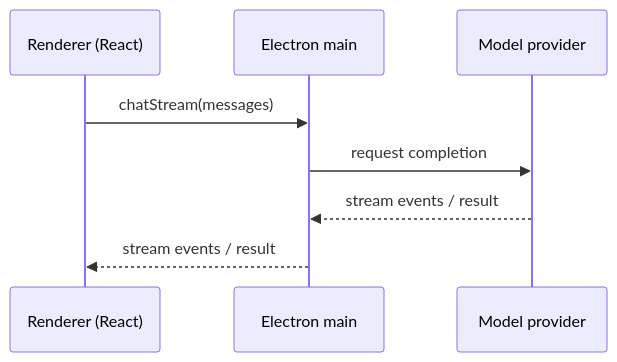
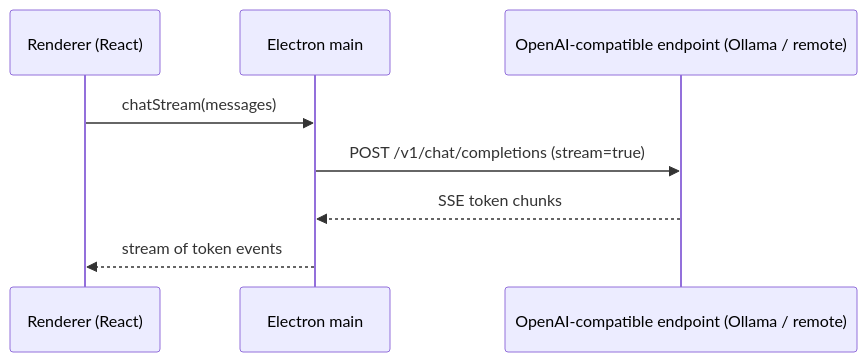
Before and after one commit to stephane-segning/soma: the fourth of 4 diagrams in docs/src/architecture/e2e-flows.md, drawn with Mermaid. The commit also changed other lines of this file and 142 other files, not shown here.

````diff
--- a/docs/src/architecture/e2e-flows.md
+++ b/docs/src/architecture/e2e-flows.md
@@ -101,11 +117,11 @@
 ```mermaid
 sequenceDiagram
   participant R as Renderer (React)
   participant M as Electron main
-  participant P as Model provider
+  participant P as OpenAI-compatible endpoint (Ollama / remote)
 
   R->>M: chatStream(messages)
-  M->>P: request completion
-  P-->>M: stream events / result
-  M-->>R: stream events / result
+  M->>P: POST /v1/chat/completions (stream=true)
+  P-->>M: SSE token chunks
+  M-->>R: stream of token events
 ```
````
